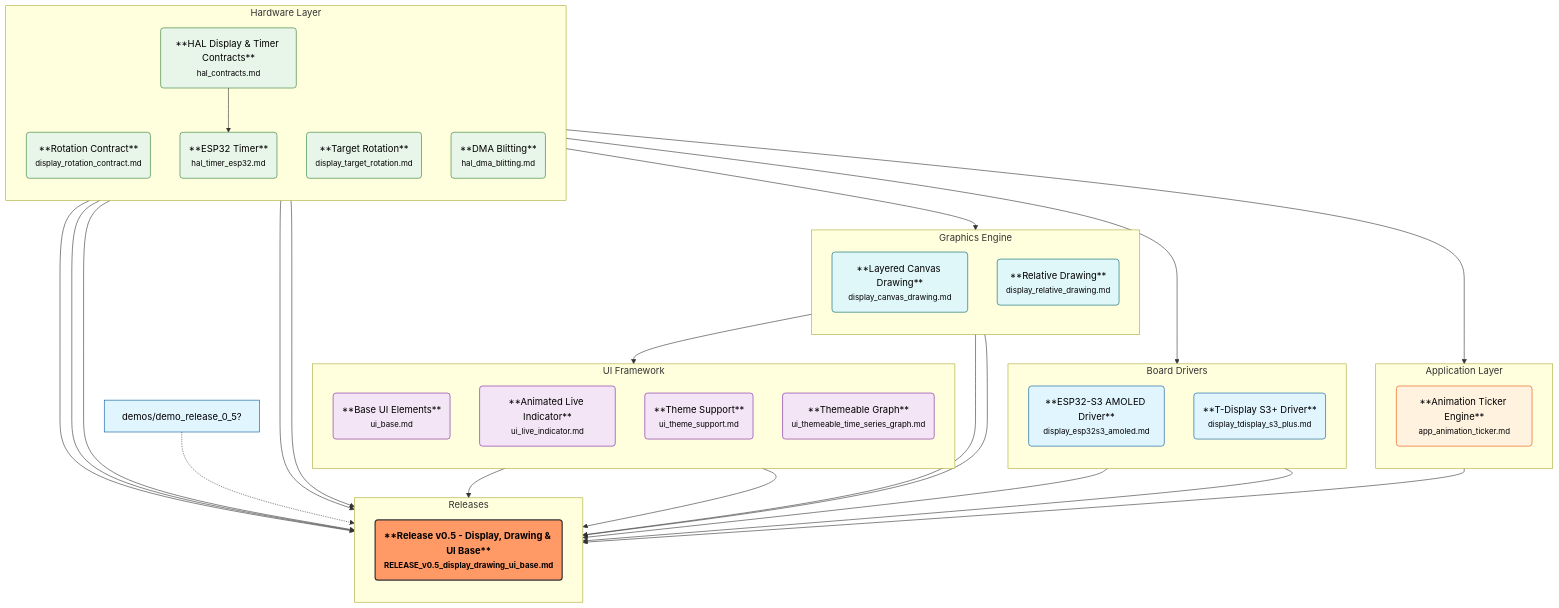
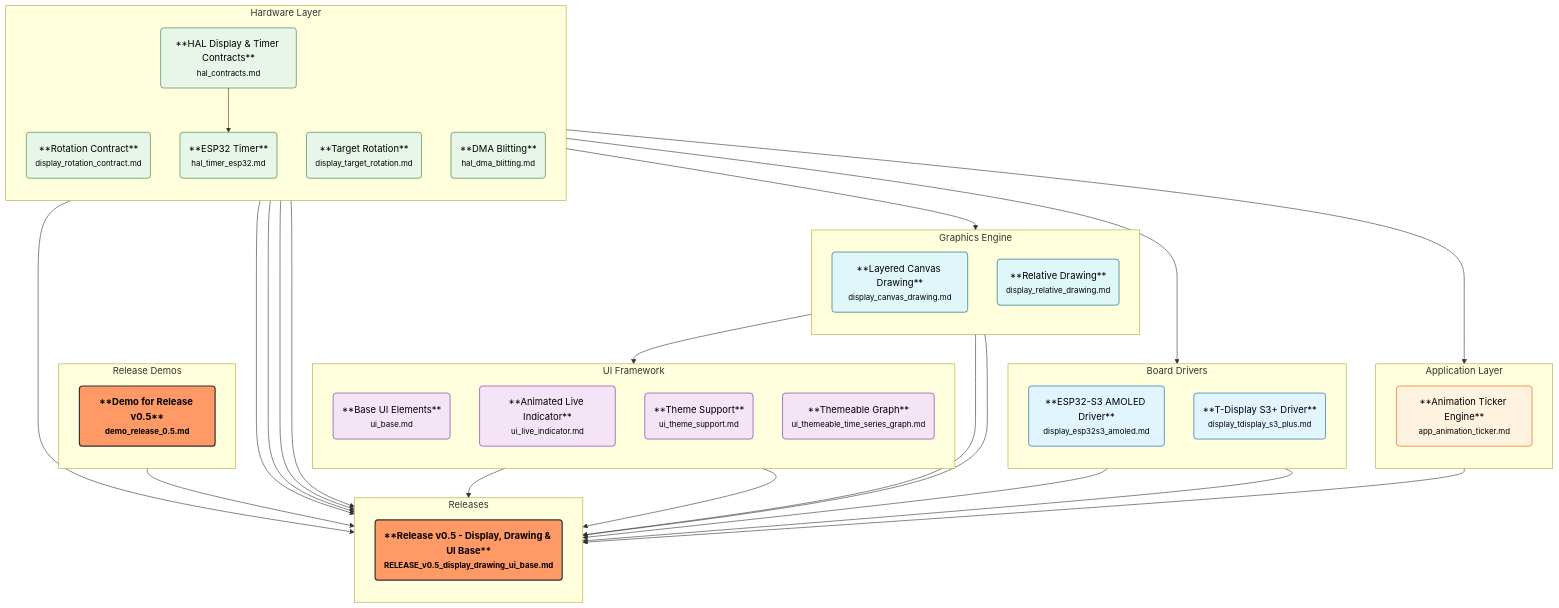
One commit to rlabarca/LPad changed the diagram in feature_graph.mmd. Above: the diagram before and after it, drawn with Mermaid. The commit also changed 5 other files, not shown here.

```diff
--- a/feature_graph.mmd
+++ b/feature_graph.mmd
@@ -1,67 +1,72 @@
 graph TD
     %% Styling
     classDef default fill:#e1f5fe,stroke:#01579b,stroke-width:1px,color:black;
     classDef release fill:#f96,stroke:#333,stroke-width:2px,color:black,font-weight:bold;
     classDef hardware fill:#e8f5e9,stroke:#2e7d32,stroke-width:1px,color:black;
     classDef ui fill:#f3e5f5,stroke:#7b1fa2,stroke-width:1px,color:black;
     classDef app fill:#fff3e0,stroke:#e65100,stroke-width:1px,color:black;
     classDef graphics fill:#e0f7fa,stroke:#006064,stroke-width:1px,color:black;
 
     subgraph Application_Layer ["Application Layer"]
         direction TB
         app_animation_ticker("**Animation Ticker Engine**<br/><small>app_animation_ticker.md</small>"):::app
     end
 
     subgraph Board_Drivers ["Board Drivers"]
         direction TB
         display_esp32s3_amoled("**ESP32-S3 AMOLED Driver**<br/><small>display_esp32s3_amoled.md</small>")
         display_tdisplay_s3_plus("**T-Display S3+ Driver**<br/><small>display_tdisplay_s3_plus.md</small>")
     end
 
     subgraph Graphics_Engine ["Graphics Engine"]
         direction TB
         display_canvas_drawing("**Layered Canvas Drawing**<br/><small>display_canvas_drawing.md</small>"):::graphics
         display_relative_drawing("**Relative Drawing**<br/><small>display_relative_drawing.md</small>"):::graphics
     end
 
     subgraph Hardware_Layer ["Hardware Layer"]
         direction TB
         display_rotation_contract("**Rotation Contract**<br/><small>display_rotation_contract.md</small>"):::hardware
         display_target_rotation("**Target Rotation**<br/><small>display_target_rotation.md</small>"):::hardware
         hal_contracts("**HAL Display & Timer Contracts**<br/><small>hal_contracts.md</small>"):::hardware
         hal_dma_blitting("**DMA Blitting**<br/><small>hal_dma_blitting.md</small>"):::hardware
         hal_timer_esp32("**ESP32 Timer**<br/><small>hal_timer_esp32.md</small>"):::hardware
     end
 
+    subgraph Release_Demos ["Release Demos"]
+        direction TB
+        demo_release_0_5("**Demo for Release v0.5**<br/><small>demo_release_0.5.md</small>"):::release
+    end
+
     subgraph Releases ["Releases"]
         direction TB
         RELEASE_v0_5_display_drawing_ui_base("**Release v0.5 - Display, Drawing & UI Base**<br/><small>RELEASE_v0.5_display_drawing_ui_base.md</small>"):::release
     end
 
     subgraph UI_Framework ["UI Framework"]
         direction TB
         ui_base("**Base UI Elements**<br/><small>ui_base.md</small>"):::ui
         ui_live_indicator("**Animated Live Indicator**<br/><small>ui_live_indicator.md</small>"):::ui
         ui_theme_support("**Theme Support**<br/><small>ui_theme_support.md</small>"):::ui
         ui_themeable_time_series_graph("**Themeable Graph**<br/><small>ui_themeable_time_series_graph.md</small>"):::ui
     end
 
     %% Relationships
     hal_contracts --> RELEASE_v0_5_display_drawing_ui_base
     hal_timer_esp32 --> RELEASE_v0_5_display_drawing_ui_base
     hal_dma_blitting --> RELEASE_v0_5_display_drawing_ui_base
     display_rotation_contract --> RELEASE_v0_5_display_drawing_ui_base
     display_target_rotation --> RELEASE_v0_5_display_drawing_ui_base
     display_esp32s3_amoled --> RELEASE_v0_5_display_drawing_ui_base
     display_tdisplay_s3_plus --> RELEASE_v0_5_display_drawing_ui_base
     display_canvas_drawing --> RELEASE_v0_5_display_drawing_ui_base
     display_relative_drawing --> RELEASE_v0_5_display_drawing_ui_base
     ui_base --> RELEASE_v0_5_display_drawing_ui_base
     app_animation_ticker --> RELEASE_v0_5_display_drawing_ui_base
     ui_live_indicator --> RELEASE_v0_5_display_drawing_ui_base
-    demos/demo_release_0_5[demos/demo_release_0_5?] -.-> RELEASE_v0_5_display_drawing_ui_base
+    demo_release_0_5 --> RELEASE_v0_5_display_drawing_ui_base
     hal_contracts --> app_animation_ticker
     hal_contracts --> display_canvas_drawing
     hal_contracts --> display_tdisplay_s3_plus
     hal_contracts --> hal_timer_esp32
     display_canvas_drawing --> ui_theme_support
```
